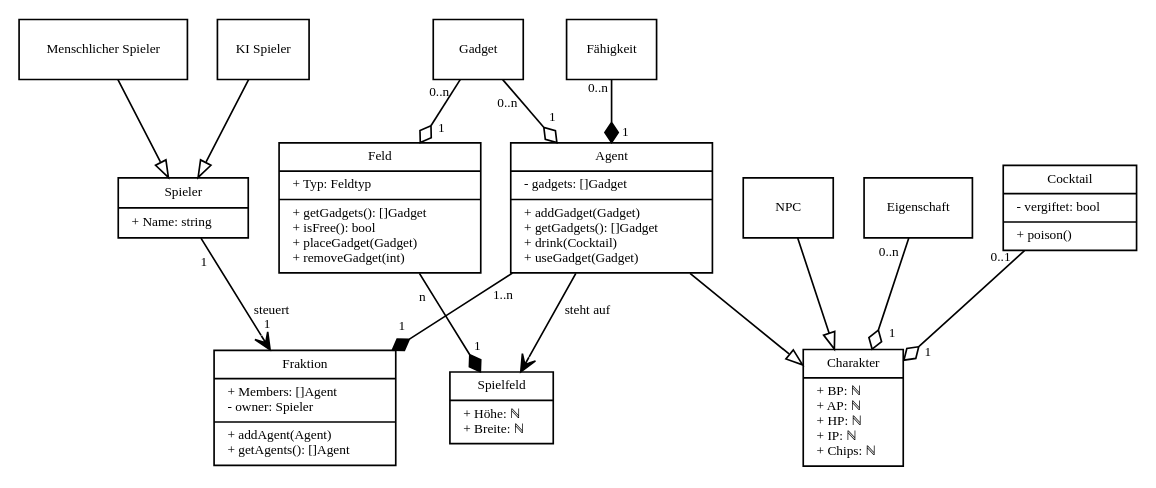
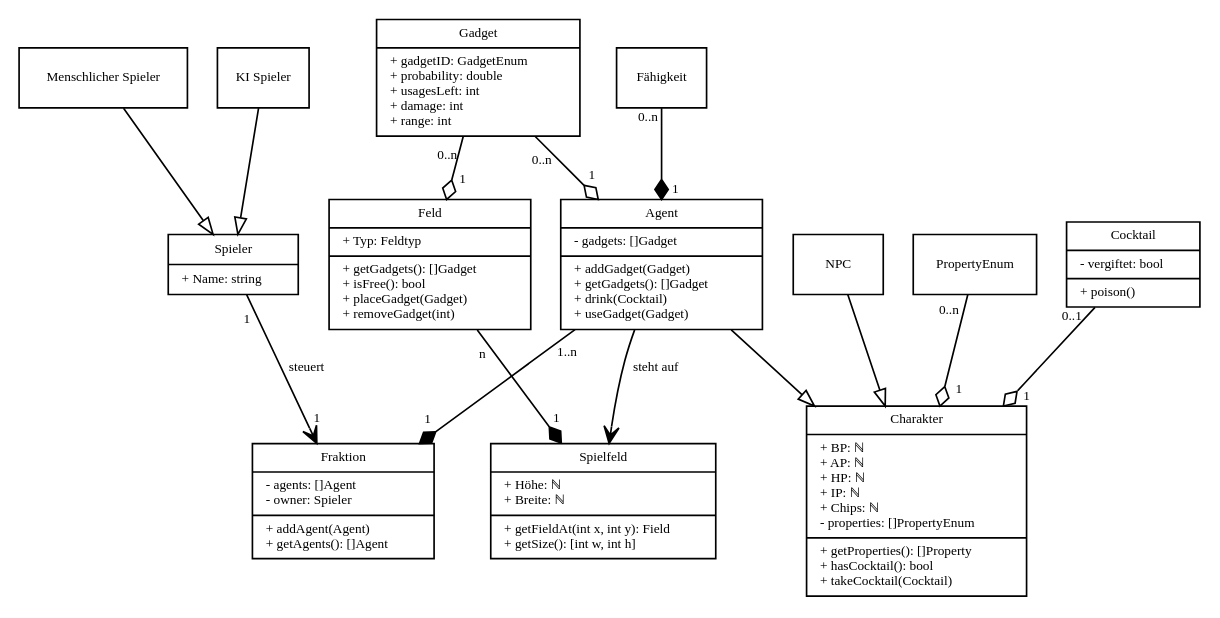
The diagram in Meilenstein06/model_overview.dot (SoPra-Team-17/Meilensteine), drawn with Graphviz before and after one commit.

Commit message:
Property and Gadget according to standard

```diff
--- a/Meilenstein06/model_overview.dot
+++ b/Meilenstein06/model_overview.dot
@@ -1,117 +1,119 @@
 digraph G {
     // General Layout
     fontname = "Bitstream Vera Sans"
     fontsize = 8
 
     node [
         fontname = "Bitstream Vera Sans"
         fontsize = 8
         shape = "record"
     ]
 
     edge [
         fontname = "Bitstream Vera Sans"
         fontsize = 8
         arrowhead = "onormal"
         labeldistance = 1.5
     ]
 
     // Classes
     Spieler [
         label = "{Spieler|+ Name: string\l}"
     ]
     KISpieler [
         label = "{KI Spieler}"
     ]
     MenschlicherSpieler [
         label = "{Menschlicher Spieler}"
     ]
     Spielfeld [
-        label = "{Spielfeld|+ Höhe: ℕ\l+ Breite: ℕ\l}"
+        label = "{Spielfeld|+ Höhe: ℕ\l+ Breite: ℕ\l|+ getFieldAt(int x, int y): Field\l+ getSize(): [int w, int h]\l}"
     ]
     Feld [
         label = "{Feld|+ Typ: Feldtyp\l|+ getGadgets(): []Gadget\l+ isFree(): bool\l+ placeGadget(Gadget)\l+ removeGadget(int)\l}"
     ]
     Charakter [
-        label = "{Charakter|+ BP: ℕ\l+ AP: ℕ\l+ HP: ℕ\l+ IP: ℕ\l+ Chips: ℕ\l}"
+        label = "{Charakter|+ BP: ℕ\l+ AP: ℕ\l+ HP: ℕ\l+ IP: ℕ\l+ Chips: ℕ\l- properties: []PropertyEnum\l|+ getProperties(): []Property\l+ hasCocktail(): bool\l+ takeCocktail(Cocktail)\l}"
     ]
     Agent [
         label = "{Agent|- gadgets: []Gadget\l|+ addGadget(Gadget)\l+ getGadgets(): []Gadget\l+ drink(Cocktail)\l+ useGadget(Gadget)\l}"
     ]
 
     NPC
-    Gadget
+    Gadget [
+        label = "{Gadget|+ gadgetID: GadgetEnum\l+ probability: double\l+ usagesLeft: int\l+ damage: int\l+ range: int\l}"
+    ]
     Fähigkeit
     Fraktion [
-        label = "{Fraktion|+ Members: []Agent\l- owner: Spieler\l|+ addAgent(Agent)\l+ getAgents(): []Agent\l}"
+        label = "{Fraktion|- agents: []Agent\l- owner: Spieler\l|+ addAgent(Agent)\l+ getAgents(): []Agent\l}"
     ]
 
-    Eigenschaft
+    PropertyEnum
     Cocktail [
         label = "{Cocktail|- vergiftet: bool\l|+ poison()\l}"
     ]
 
     // Inheritance
     Agent -> Charakter
     NPC -> Charakter
     KISpieler -> Spieler
     MenschlicherSpieler -> Spieler
 
     // Aggregations
     edge [
         arrowhead = "odiamond"
     ]
     Gadget -> Agent [
         taillabel = "0..n"
         headlabel = "1"
 	labeldistance=1.5
 	labelangle=-30
     ]
     Gadget -> Feld [
         taillabel = "0..n"
         headlabel = "1"
     ]
-    Eigenschaft -> Charakter [
+    PropertyEnum -> Charakter [
         taillabel = "0..n"
         headlabel = "1"
 	labelangle=-35
     ]
     Cocktail -> Charakter [
         taillabel = "0..1"
         headlabel = "1"
     ]
 
     // Compositions
     edge [
         arrowhead = "diamond"
     ]
     Feld -> Spielfeld [
         headlabel = "1"
         taillabel = "n"
     ]
     Agent -> Fraktion [
         taillabel = "1..n"
         headlabel = "1"
 	labelangle=35
     ]
     Fähigkeit -> Agent [
         taillabel = "0..n"
         headlabel = "1"
 	labeldistance=1
 	labelangle=-55
     ]
 
     // Normal Arrows
     edge [
         arrowhead = "vee"
     ]
     Agent -> Spielfeld [
         label = "steht auf"
     ]
 
     Spieler -> Fraktion [
         label = "steuert"
         taillabel = "1"
         headlabel = "1"
     ]
 }
```
